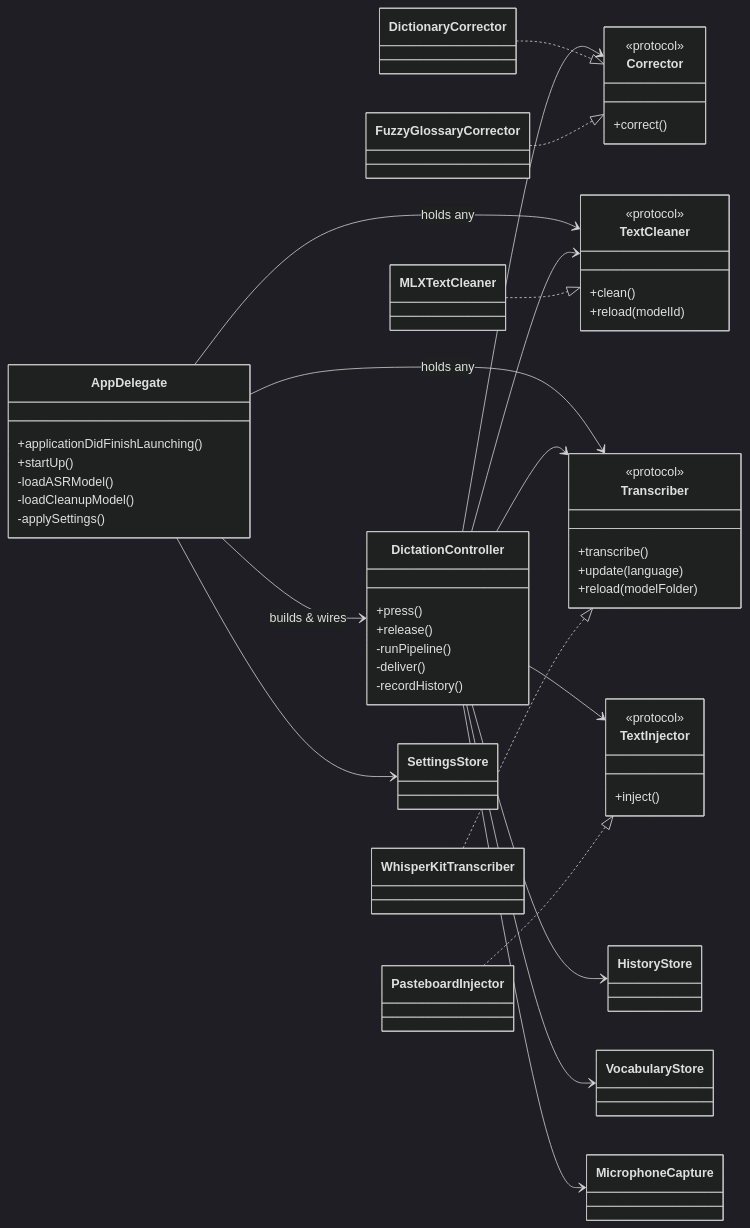
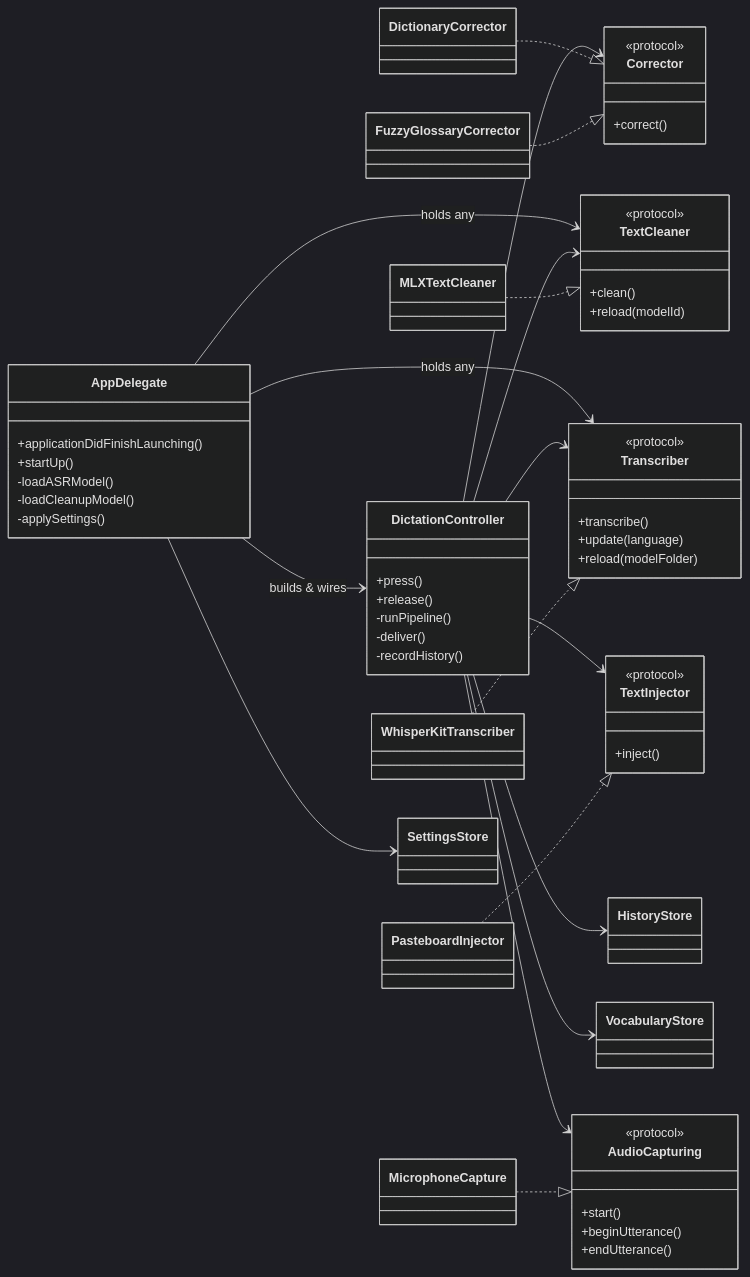
Before and after one commit to castrosolutions/ChacharApp: the third of 6 diagrams in docs/code-guide.md, drawn with Mermaid (dark theme). The commit also changed other lines of this file and 10 other files, not shown here.

````diff
--- a/docs/code-guide.md
+++ b/docs/code-guide.md
@@ -152,63 +152,70 @@
 ```mermaid
 classDiagram
     direction LR
     class AppDelegate {
         +applicationDidFinishLaunching()
         +startUp()
         -loadASRModel()
         -loadCleanupModel()
         -applySettings()
     }
     class DictationController {
         +press()
         +release()
         -runPipeline()
         -deliver()
         -recordHistory()
     }
     class Transcriber {
         <<protocol>>
         +transcribe()
         +update(language)
         +reload(modelFolder)
     }
     class TextCleaner {
         <<protocol>>
         +clean()
         +reload(modelId)
     }
     class Corrector {
         <<protocol>>
         +correct()
     }
     class TextInjector {
         <<protocol>>
         +inject()
     }
+    class AudioCapturing {
+        <<protocol>>
+        +start()
+        +beginUtterance()
+        +endUtterance()
+    }
     class WhisperKitTranscriber
     class MLXTextCleaner
     class DictionaryCorrector
     class FuzzyGlossaryCorrector
     class PasteboardInjector
     class MicrophoneCapture
     class VocabularyStore
     class HistoryStore
     class SettingsStore
 
     AppDelegate --> DictationController : builds & wires
     AppDelegate --> Transcriber : holds any
     AppDelegate --> TextCleaner : holds any
     AppDelegate --> SettingsStore
-    DictationController --> MicrophoneCapture
+    DictationController --> AudioCapturing
     DictationController --> Transcriber
     DictationController --> Corrector
     DictationController --> TextCleaner
     DictationController --> TextInjector
     DictationController --> VocabularyStore
     DictationController --> HistoryStore
     WhisperKitTranscriber ..|> Transcriber
     MLXTextCleaner ..|> TextCleaner
     DictionaryCorrector ..|> Corrector
     FuzzyGlossaryCorrector ..|> Corrector
     PasteboardInjector ..|> TextInjector
+    MicrophoneCapture ..|> AudioCapturing
 ```
````
